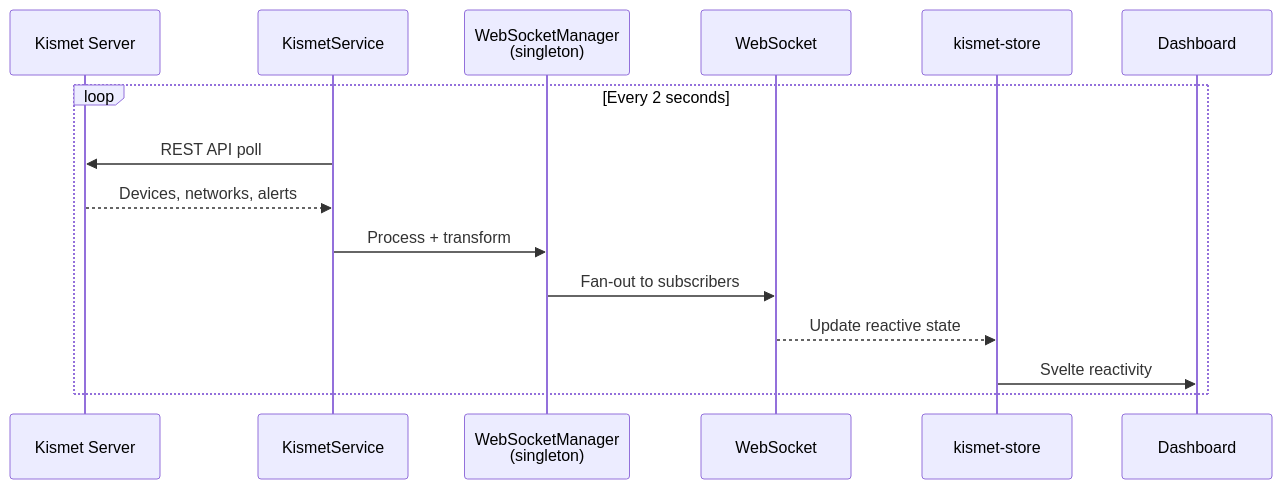
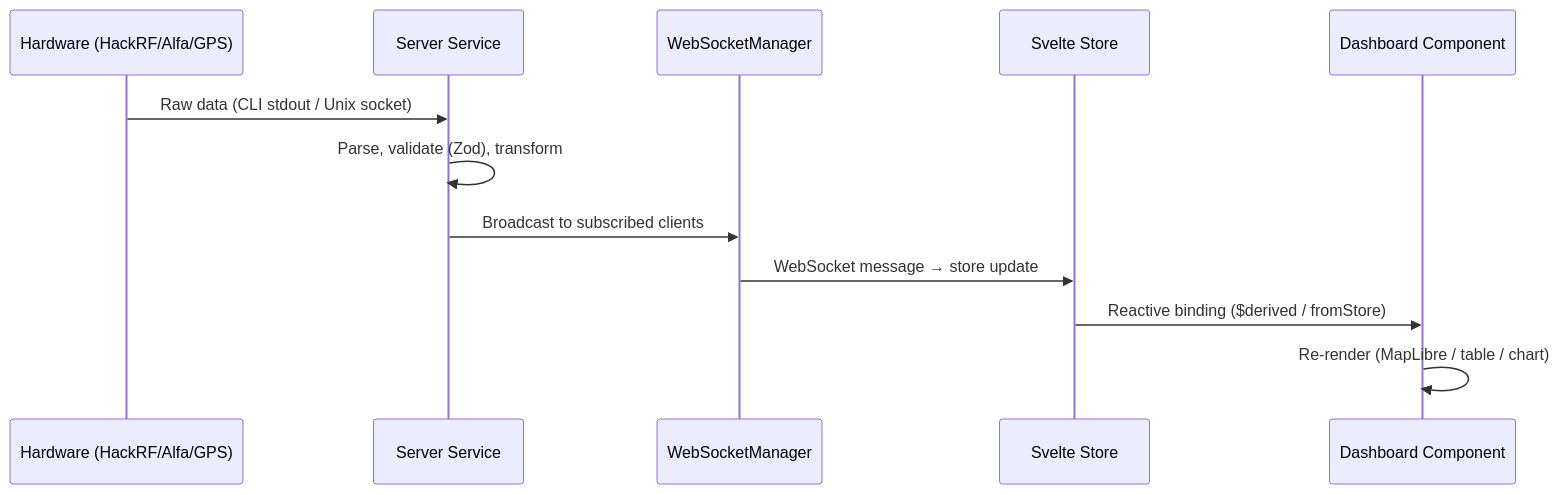
The second of 4 diagrams in docs/CODEBASE_MAP.md (Graveside2022/Argos), drawn with Mermaid before and after one commit. The commit also changed other lines of this file and 6 other files, not shown here.

````diff
--- a/docs/CODEBASE_MAP.md
+++ b/docs/CODEBASE_MAP.md
@@ -779,18 +509,15 @@
 ```mermaid
 sequenceDiagram
-    participant Kismet as Kismet Server
-    participant KSvc as KismetService
-    participant WSMgr as WebSocketManager<br/>(singleton)
-    participant WS as WebSocket
-    participant Store as kismet-store
-    participant UI as Dashboard
+    participant HW as Hardware (HackRF/Alfa/GPS)
+    participant Svc as Server Service
+    participant WS as WebSocketManager
+    participant Store as Svelte Store
+    participant UI as Dashboard Component
 
-    loop Every 2 seconds
-        KSvc->>Kismet: REST API poll
-        Kismet-->>KSvc: Devices, networks, alerts
-        KSvc->>WSMgr: Process + transform
-        WSMgr->>WS: Fan-out to subscribers
-        WS-->>Store: Update reactive state
-        Store->>UI: Svelte reactivity
-    end
+    HW->>Svc: Raw data (CLI stdout / Unix socket)
+    Svc->>Svc: Parse, validate (Zod), transform
+    Svc->>WS: Broadcast to subscribed clients
+    WS->>Store: WebSocket message → store update
+    Store->>UI: Reactive binding ($derived / fromStore)
+    UI->>UI: Re-render (MapLibre / table / chart)
 ```
````
